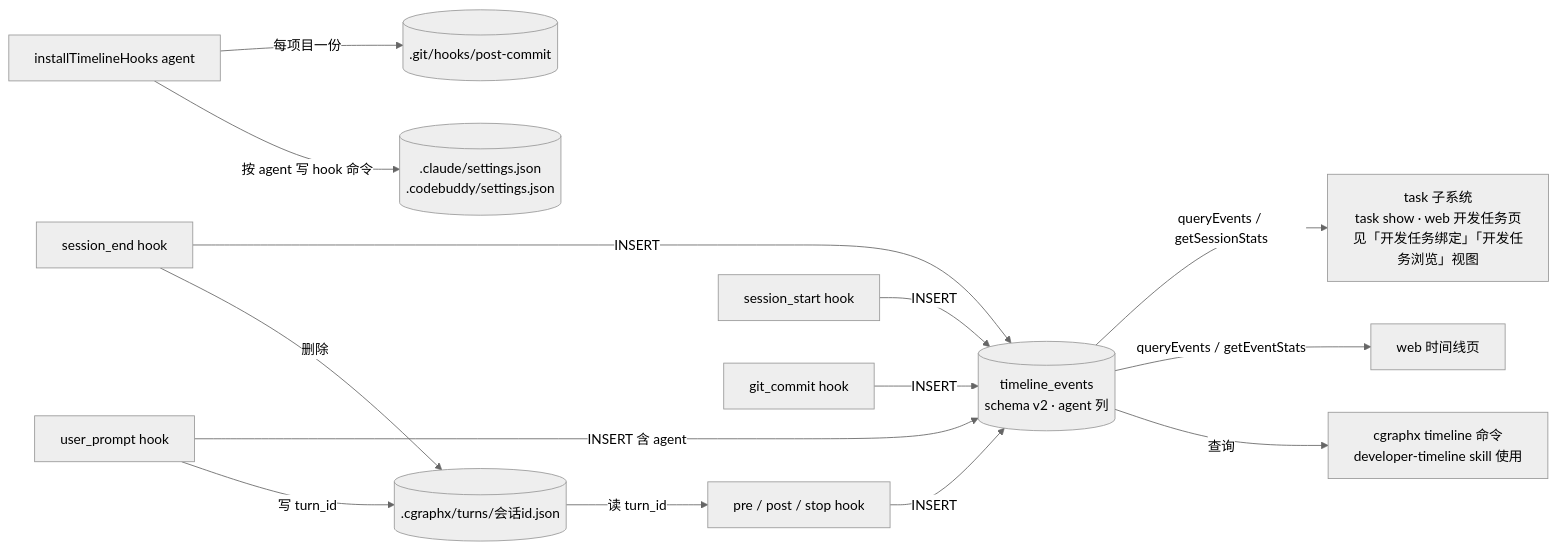
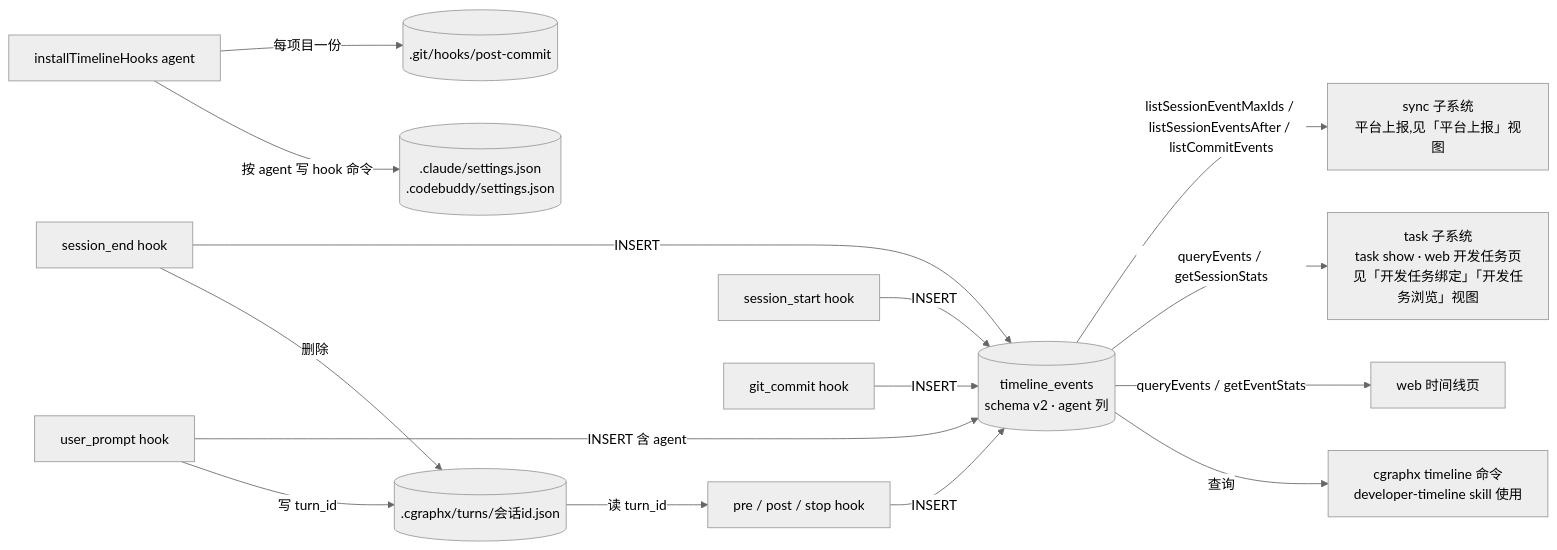
The third of 3 diagrams in docs/code-map/flows/开发时间线记录.md (smdnkB/cgraphx), drawn with Mermaid (neutral theme) before and after one commit. The commit also changed other lines of this file and 5 other files, not shown here.

First line of the commit message:
docs: 代码地图新建平台上报 + 刷新 5 张受影响视图

````diff
--- a/docs/code-map/flows/开发时间线记录.md
+++ b/docs/code-map/flows/开发时间线记录.md
@@ -122,16 +123,17 @@
 ```mermaid
 flowchart LR
   up[user_prompt hook] -- 写 turn_id --> tf[(.cgraphx/turns/会话id.json)]
   tf -- 读 turn_id --> rest[pre / post / stop hook]
   se[session_end hook] -- 删除 --> tf
   up -- INSERT 含 agent --> ev[(timeline_events<br/>schema v2 · agent 列)]
   rest -- INSERT --> ev
   ss[session_start hook] -- INSERT --> ev
   se -- INSERT --> ev
   git[git_commit hook] -- INSERT --> ev
   ev -- 查询 --> cli[cgraphx timeline 命令<br/>developer-timeline skill 使用]
   ev -- queryEvents / getEventStats --> web[web 时间线页]
   ev -- queryEvents / getSessionStats --> task[task 子系统<br/>task show · web 开发任务页<br/>见「开发任务绑定」「开发任务浏览」视图]
+  ev -- listSessionEventMaxIds / listSessionEventsAfter / listCommitEvents --> sync[sync 子系统<br/>平台上报,见「平台上报」视图]
   inst[installTimelineHooks agent] -- 按 agent 写 hook 命令 --> settings[(.claude/settings.json<br/>.codebuddy/settings.json)]
   inst -- 每项目一份 --> pc[(.git/hooks/post-commit)]
 ```
````
